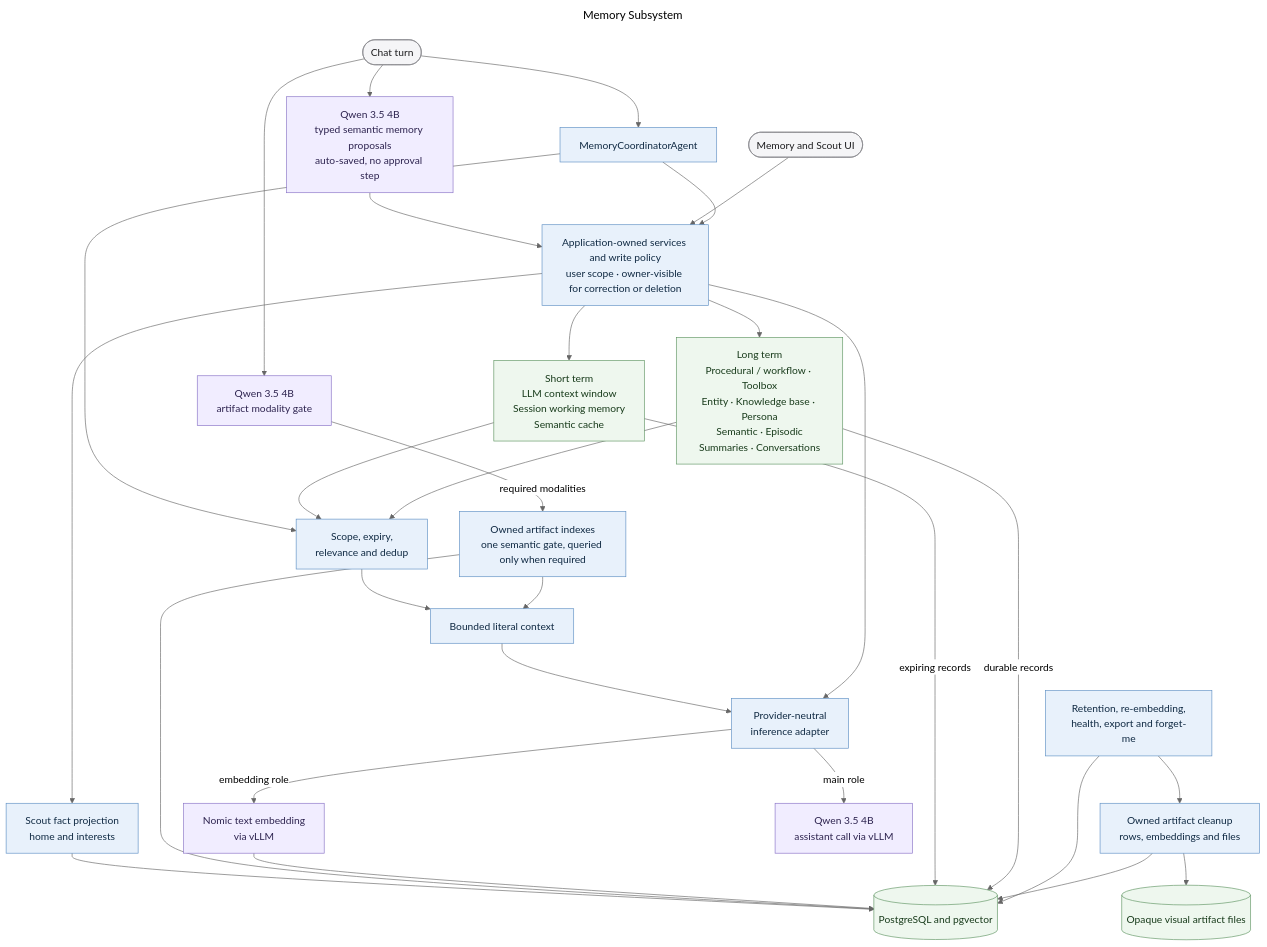
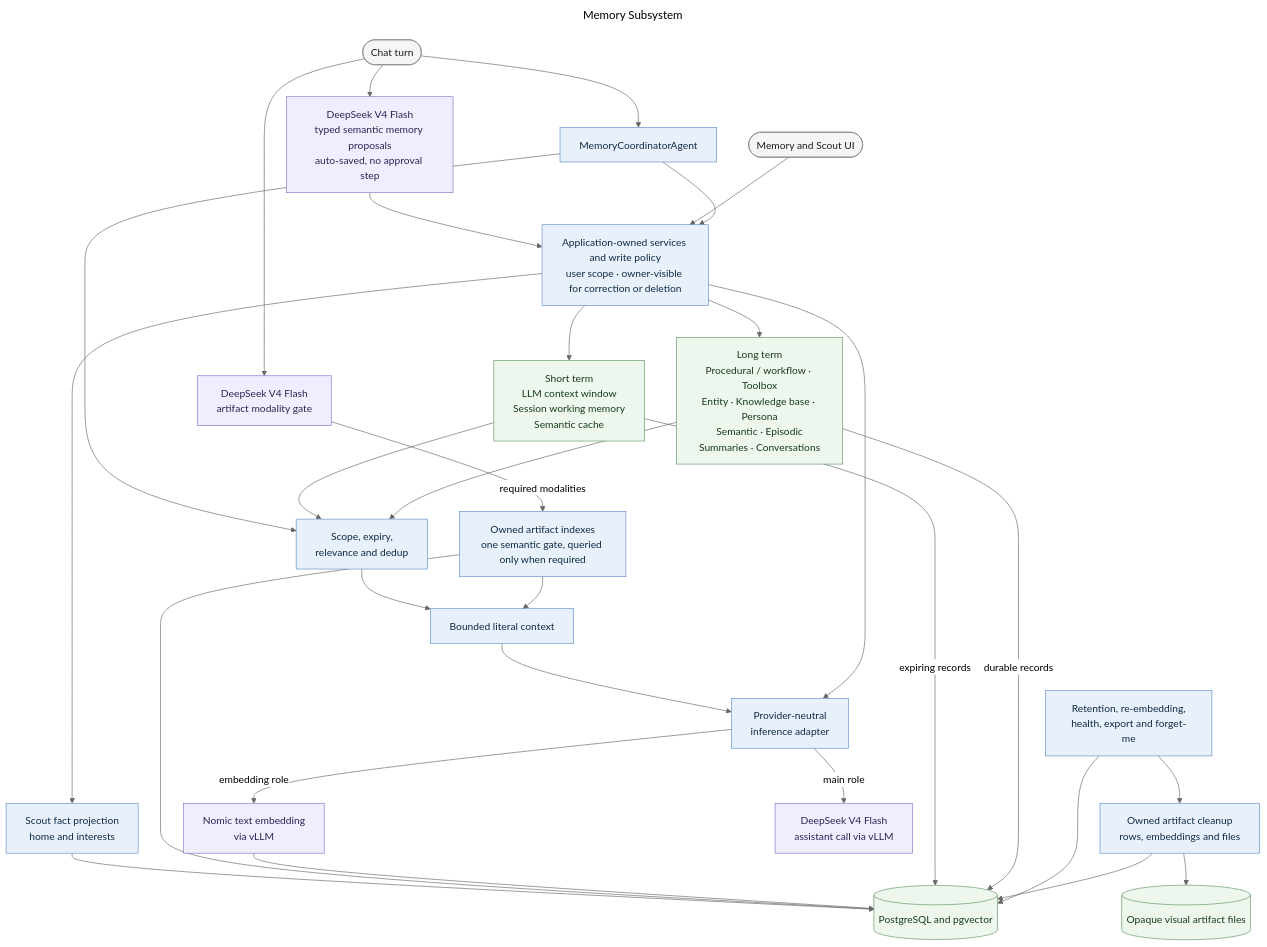
Before and after one commit to MallyaAni/PersonalAssistant: the diagram in docs/diagrams/memory-subsystem.mmd, drawn with Mermaid (neutral theme). The commit also changed 34 other files, not shown here.

First line of the commit message:
Stop the diagrams advertising a model that was retired

```diff
--- a/docs/diagrams/memory-subsystem.mmd
+++ b/docs/diagrams/memory-subsystem.mmd
@@ -1,60 +1,60 @@
 ---
 title: Memory Subsystem
 ---
 flowchart TB
     Chat([Chat turn])
     UI([Memory and Scout UI])
 
-    Proposal[Qwen 3.5 4B<br/>typed semantic memory proposals<br/>auto-saved, no approval step]
+    Proposal[DeepSeek V4 Flash<br/>typed semantic memory proposals<br/>auto-saved, no approval step]
     Coordinator[MemoryCoordinatorAgent]
     Services[Application-owned services and write policy<br/>user scope · owner-visible for correction or deletion]
     Retrieval[Scope, expiry,<br/>relevance and dedup]
-    ArtifactGate[Qwen 3.5 4B<br/>artifact modality gate]
+    ArtifactGate[DeepSeek V4 Flash<br/>artifact modality gate]
     ArtifactIndex[Owned artifact indexes<br/>one semantic gate, queried only when required]
     Context[Bounded literal context]
 
     Short[Short term<br/>LLM context window<br/>Session working memory<br/>Semantic cache]
     Long[Long term<br/>Procedural / workflow · Toolbox<br/>Entity · Knowledge base · Persona<br/>Semantic · Episodic<br/>Summaries · Conversations]
 
     Inference[Provider-neutral<br/>inference adapter]
     TextEmbed[Nomic text embedding<br/>via vLLM]
     Database[(PostgreSQL and pgvector)]
     Files[(Opaque visual artifact files)]
     Maintenance[Retention, re-embedding,<br/>health, export and forget-me]
     ArtifactCleanup[Owned artifact cleanup<br/>rows, embeddings and files]
     Discovery[Scout fact projection<br/>home and interests]
 
-    Main[Qwen 3.5 4B<br/>assistant call via vLLM]
+    Main[DeepSeek V4 Flash<br/>assistant call via vLLM]
 
     Chat --> Proposal --> Services
     Chat --> Coordinator
     Chat --> ArtifactGate
     UI --> Services
     Coordinator --> Services
     Services --> Short
     Services --> Long
     Services --> Discovery --> Database
     Coordinator --> Retrieval
     Short --> Retrieval
     Long --> Retrieval
     Retrieval --> Context --> Inference
     ArtifactGate -->|required modalities| ArtifactIndex --> Context
     ArtifactIndex --> Database
     Inference -->|main role| Main
     Services --> Inference
     Inference -->|embedding role| TextEmbed --> Database
     Short -->|expiring records| Database
     Long -->|durable records| Database
     Maintenance --> Database
     Maintenance --> ArtifactCleanup
     ArtifactCleanup --> Database
     ArtifactCleanup --> Files
 
     classDef interface fill:#f5f5f7,stroke:#86868b,color:#1d1d1f;
     classDef application fill:#e8f1fb,stroke:#5e8fc4,color:#102a43;
     classDef data fill:#eef7ee,stroke:#5f9562,color:#183b1b;
     classDef model fill:#f1edff,stroke:#8872c6,color:#2e2450;
     class Chat,UI interface;
     class Coordinator,Services,Retrieval,ArtifactIndex,Context,Inference,Maintenance,ArtifactCleanup,Discovery application;
     class Short,Long,Database,Files data;
     class TextEmbed,Main,Proposal,ArtifactGate model;
```
